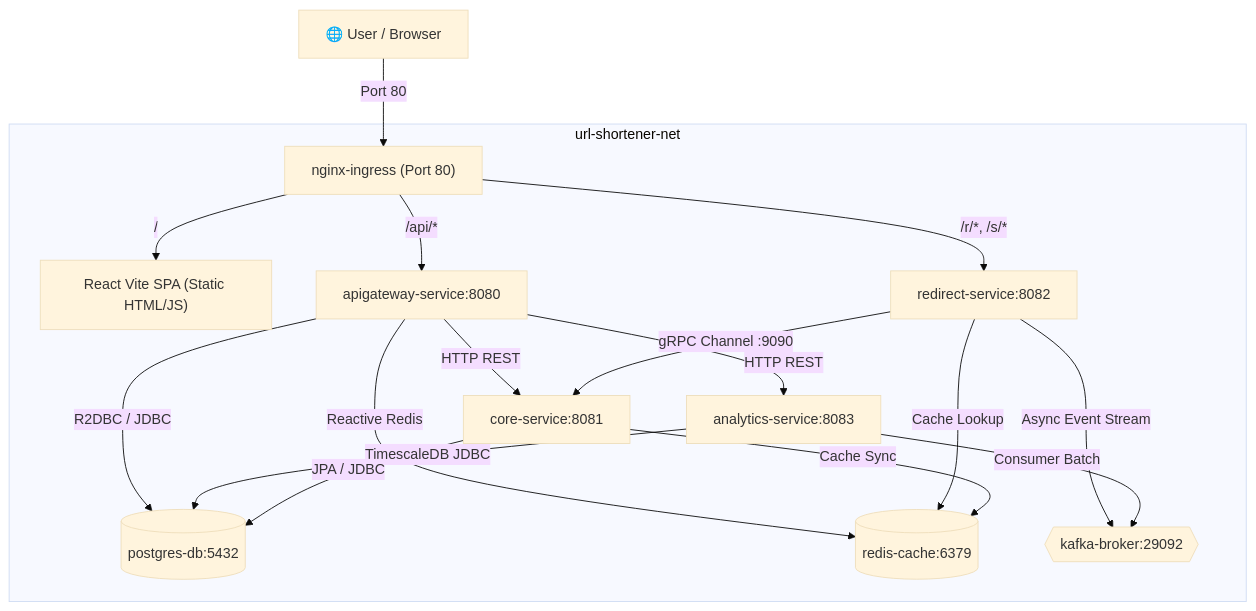
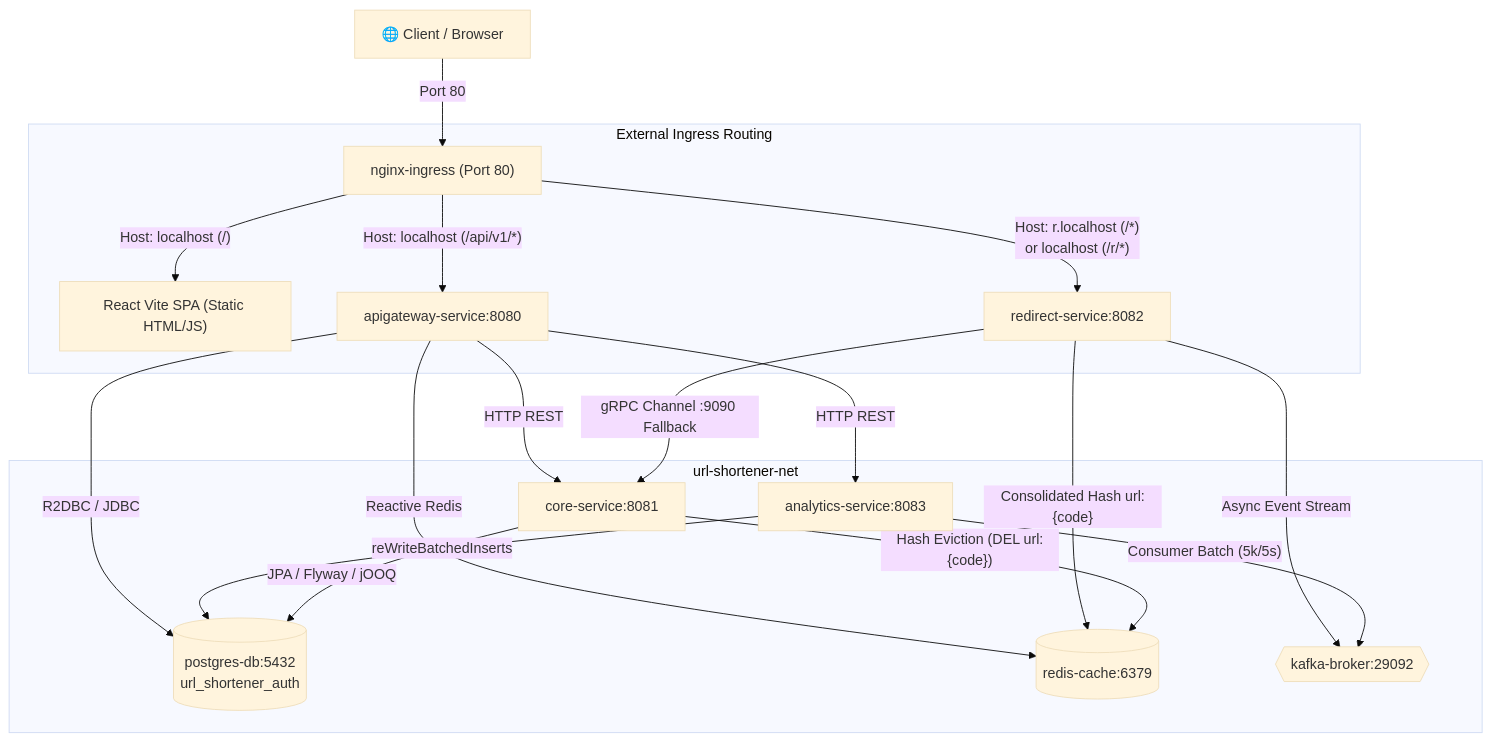
Before and after one commit to TheFastest599/url-shortener: the diagram in docs/docker.md, drawn with Mermaid (base theme). The commit also changed other lines of this file and 32 other files, not shown here.

````diff
--- a/docs/docker.md
+++ b/docs/docker.md
@@ -11,25 +11,27 @@
 ```mermaid
 graph TD
-    User["🌐 User / Browser"] -->|Port 80| NGINX["nginx-ingress (Port 80)"]
+    ClientBrowser["🌐 Client / Browser"] -->|Port 80| NGINX["nginx-ingress (Port 80)"]
+
+    subgraph External Ingress Routing
+        NGINX -->|"Host: localhost (/)"| ReactSPA["React Vite SPA (Static HTML/JS)"]
+        NGINX -->|"Host: localhost (/api/v1/*)"| GATEWAY["apigateway-service:8080"]
+        NGINX -->|"Host: r.localhost (/*)<br/>or localhost (/r/*)"| REDIRECT["redirect-service:8082"]
+    end
 
     subgraph Internal Docker Network [url-shortener-net]
-        NGINX -->|/| ReactSPA["React Vite SPA (Static HTML/JS)"]
-        NGINX -->|/r/*, /s/*| REDIRECT["redirect-service:8082"]
-        NGINX -->|/api/*| GATEWAY["apigateway-service:8080"]
-
         GATEWAY -->|HTTP REST| CORE["core-service:8081"]
         GATEWAY -->|HTTP REST| ANALYTICS["analytics-service:8083"]
-        GATEWAY -->|R2DBC / JDBC| POSTGRES[("postgres-db:5432")]
+        GATEWAY -->|R2DBC / JDBC| POSTGRES[("postgres-db:5432<br/>url_shortener_auth")]
         GATEWAY -->|Reactive Redis| REDIS[("redis-cache:6379")]
 
-        REDIRECT -->|Cache Lookup| REDIS
-        REDIRECT -->|gRPC Channel :9090| CORE
-        REDIRECT -->|Async Event Stream| KAFKA{{"kafka-broker:29092"}}
+        REDIRECT -->|"Consolidated Hash url:{code}"| REDIS
+        REDIRECT -->|"gRPC Channel :9090 Fallback"| CORE
+        REDIRECT -->|"Async Event Stream"| KAFKA{{"kafka-broker:29092"}}
 
-        ANALYTICS -->|Consumer Batch| KAFKA
-        ANALYTICS -->|TimescaleDB JDBC| POSTGRES
+        ANALYTICS -->|"Consumer Batch (5k/5s)"| KAFKA
+        ANALYTICS -->|"reWriteBatchedInserts"| POSTGRES
 
-        CORE -->|JPA / JDBC| POSTGRES
-        CORE -->|Cache Sync| REDIS
+        CORE -->|"JPA / Flyway / jOOQ"| POSTGRES
+        CORE -->|"Hash Eviction (DEL url:{code})"| REDIS
     end
 ```
````
